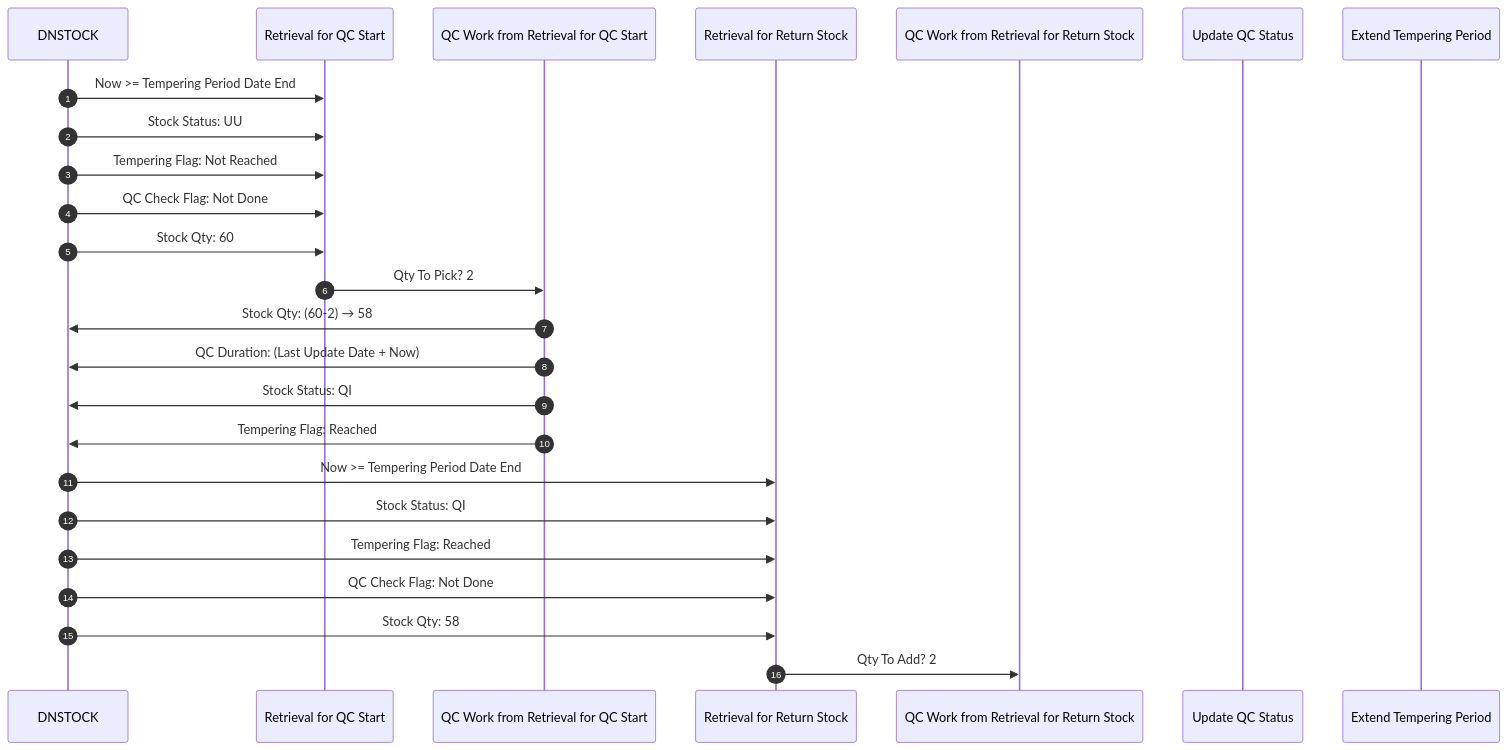
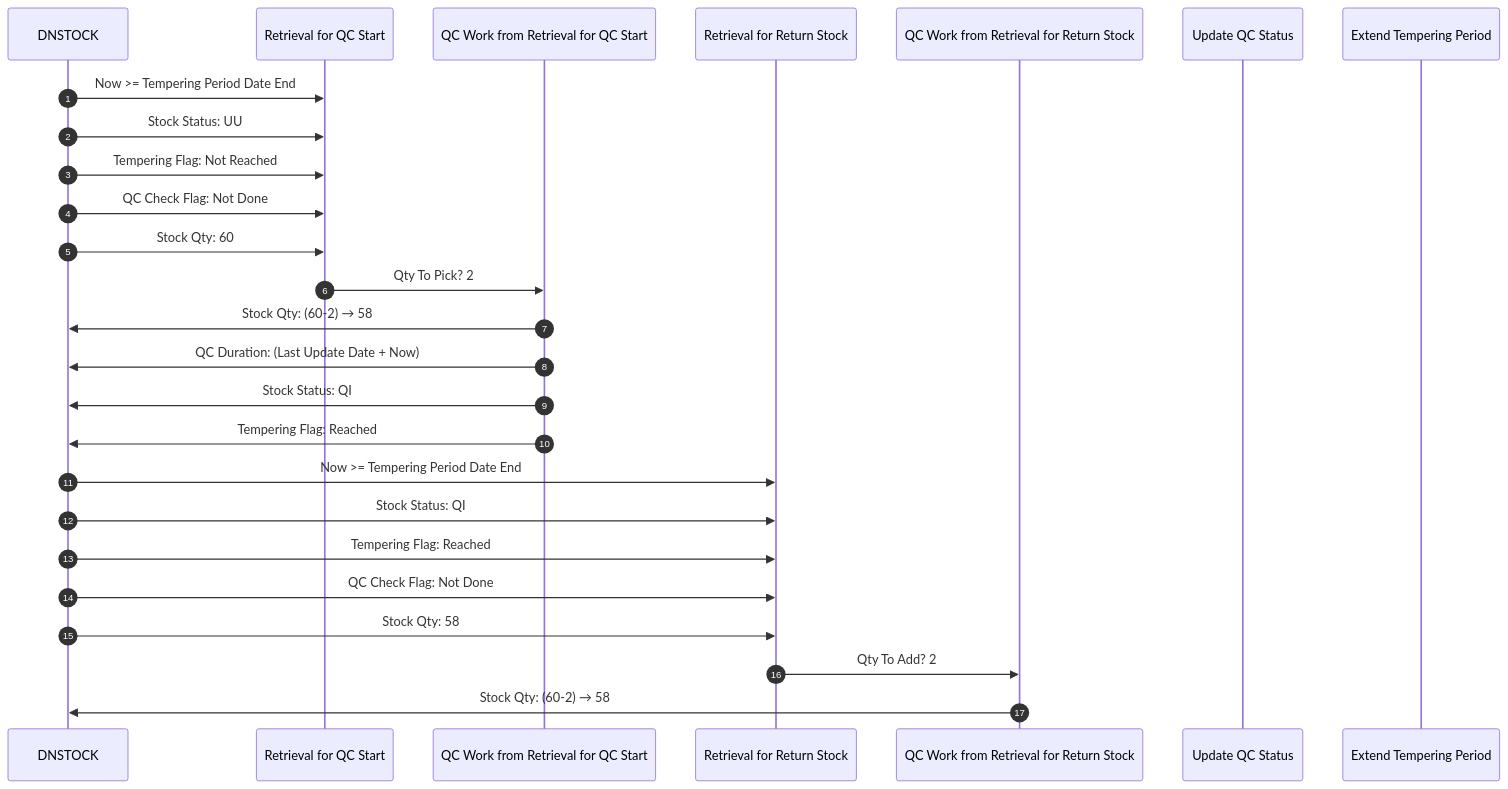
The diagram in Basic-Design/DFD-WMS/Retrieval/QC-Setting.md (luthfiadityaa/SimeDarby-Wiki), drawn with Mermaid before and after one commit.

Commit message:
Updated QC Setting

```diff
--- a/Basic-Design/DFD-WMS/Retrieval/QC-Setting.md
+++ b/Basic-Design/DFD-WMS/Retrieval/QC-Setting.md
@@ -11,37 +11,40 @@
 ::: mermaid
 sequenceDiagram
     autonumber
 
     participant DNSTOCK
     participant Retrieval for QC Start
     participant QC Work from Retrieval for QC Start
     participant Retrieval for Return Stock
     participant QC Work from Retrieval for Return Stock
     participant Update QC Status
     participant Extend Tempering Period
 
     %% --- 1. DNSTOCK ---
     DNSTOCK ->> Retrieval for QC Start: Now >= Tempering Period Date End
     DNSTOCK ->> Retrieval for QC Start: Stock Status: UU  
     DNSTOCK ->> Retrieval for QC Start: Tempering Flag: Not Reached 
     DNSTOCK ->> Retrieval for QC Start: QC Check Flag: Not Done
     DNSTOCK ->> Retrieval for QC Start: Stock Qty: 60
 
     %% --- 2. Retrieval for QC Start ---
     Retrieval for QC Start ->> QC Work from Retrieval for QC Start: Qty To Pick?  2
 
     %% --- 3. QC Work from Retrieval for QC Start ---
     QC Work from Retrieval for QC Start ->> DNSTOCK: Stock Qty: (60-2) → 58
     QC Work from Retrieval for QC Start ->> DNSTOCK: QC Duration: (Last Update Date + Now)
     QC Work from Retrieval for QC Start ->> DNSTOCK: Stock Status: QI
     QC Work from Retrieval for QC Start ->> DNSTOCK: Tempering Flag: Reached
 
     %% --- 4. Retrieval for Return Stock ---
     DNSTOCK ->> Retrieval for Return Stock: Now >= Tempering Period Date End
     DNSTOCK ->> Retrieval for Return Stock: Stock Status: QI  
     DNSTOCK ->> Retrieval for Return Stock: Tempering Flag: Reached 
     DNSTOCK ->> Retrieval for Return Stock: QC Check Flag: Not Done
     DNSTOCK ->> Retrieval for Return Stock: Stock Qty: 58
 
     Retrieval for Return Stock ->> QC Work from Retrieval for Return Stock: Qty To Add?  2
+
+    %% --- 5. QC Work from Retrieval for Return Stock ---
+    QC Work from Retrieval for Return Stock ->> DNSTOCK: Stock Qty: (60-2) → 58
 :::
```
